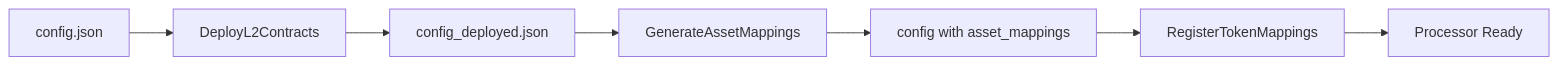
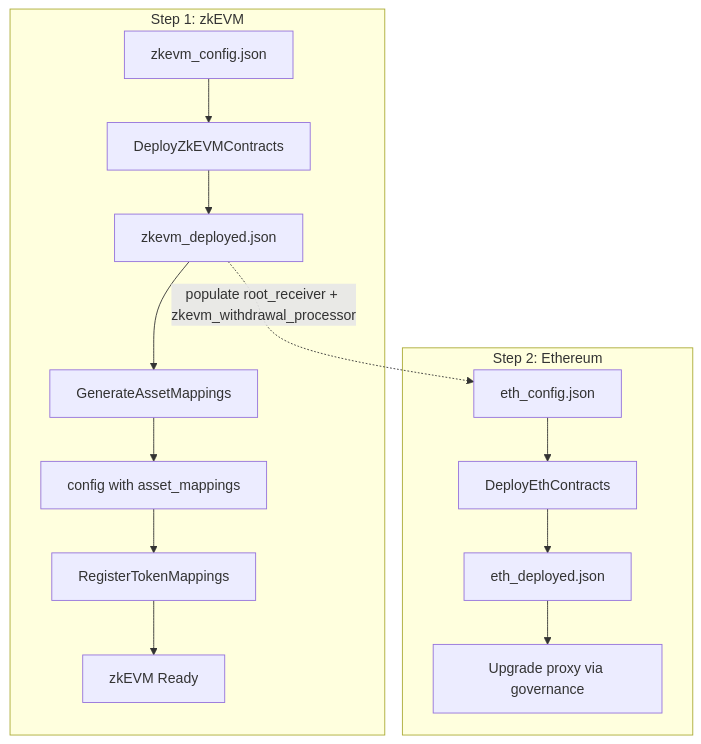
Before and after one commit to immutable/imx-migration-contracts: the diagram in script/README.md, drawn with Mermaid. The commit also changed other lines of this file and 20 other files, not shown here.

````diff
--- a/script/README.md
+++ b/script/README.md
@@ -15,9 +24,19 @@
 ```mermaid
-flowchart LR
-    A[config.json] --> B[DeployL2Contracts]
-    B --> C[config_deployed.json]
-    C --> D[GenerateAssetMappings]
-    D --> E[config with asset_mappings]
-    E --> F[RegisterTokenMappings]
-    F --> G[Processor Ready]
+flowchart TD
+    subgraph zkEVM ["Step 1: zkEVM"]
+        A[zkevm_config.json] --> B[DeployZkEVMContracts]
+        B --> C[zkevm_deployed.json]
+        C --> D[GenerateAssetMappings]
+        D --> E[config with asset_mappings]
+        E --> F[RegisterTokenMappings]
+        F --> G[zkEVM Ready]
+    end
+
+    subgraph Ethereum ["Step 2: Ethereum"]
+        H[eth_config.json] --> I[DeployEthContracts]
+        I --> J[eth_deployed.json]
+        J --> K["Upgrade proxy via governance"]
+    end
+
+    C -.->|"populate root_receiver + zkevm_withdrawal_processor"| H
 ```
````
